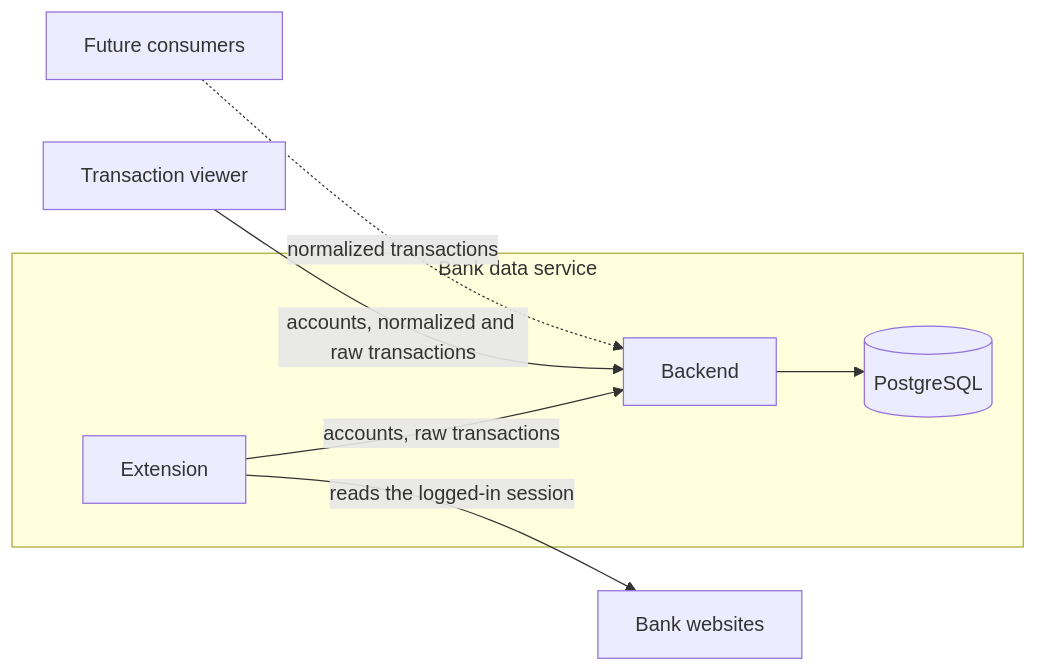
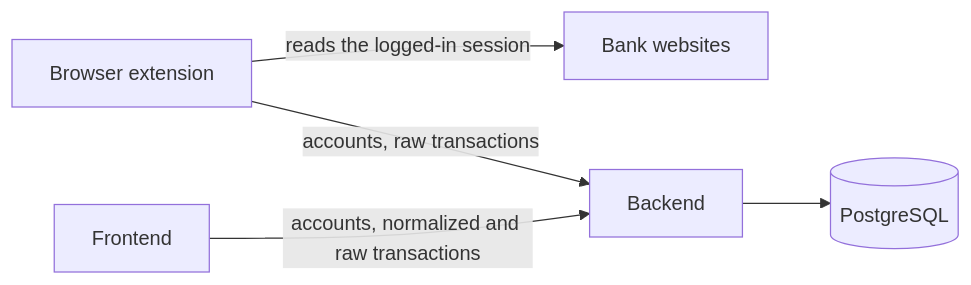
The first of 5 diagrams in docs/architecture.md (lennartmoeller/finance-tracker), drawn with Mermaid before and after one commit. The commit also changed other lines of this file and 122 other files, not shown here.

````diff
--- a/docs/architecture.md
+++ b/docs/architecture.md
@@ -7,16 +5,12 @@
 ```mermaid
 flowchart LR
-  subgraph bankdata["Bank data service"]
-    extension["Extension"]
-    backend["Backend"]
-    postgres[("PostgreSQL")]
-  end
   websites["Bank websites"]
-  viewer["Transaction viewer"]
-  consumers["Future consumers"]
+  extension["Browser extension"]
+  frontend["Frontend"]
+  backend["Backend"]
+  postgres[("PostgreSQL")]
+  extension -- "reads the logged-in session" --> websites
   extension -- "accounts, raw transactions" --> backend
-  extension -- "reads the logged-in session" --> websites
+  frontend -- "accounts, normalized and raw transactions" --> backend
   backend --> postgres
-  viewer -- "accounts, normalized and raw transactions" --> backend
-  consumers -.->|"normalized transactions"| backend
 ```
````
